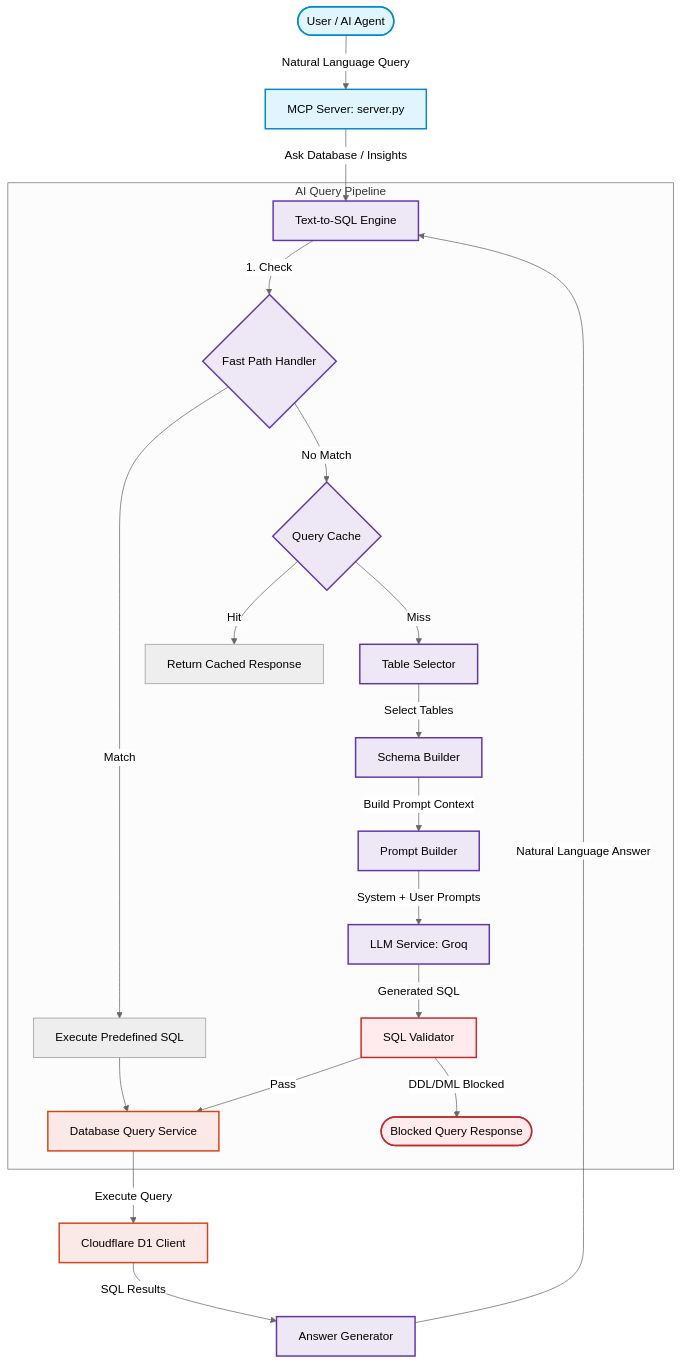
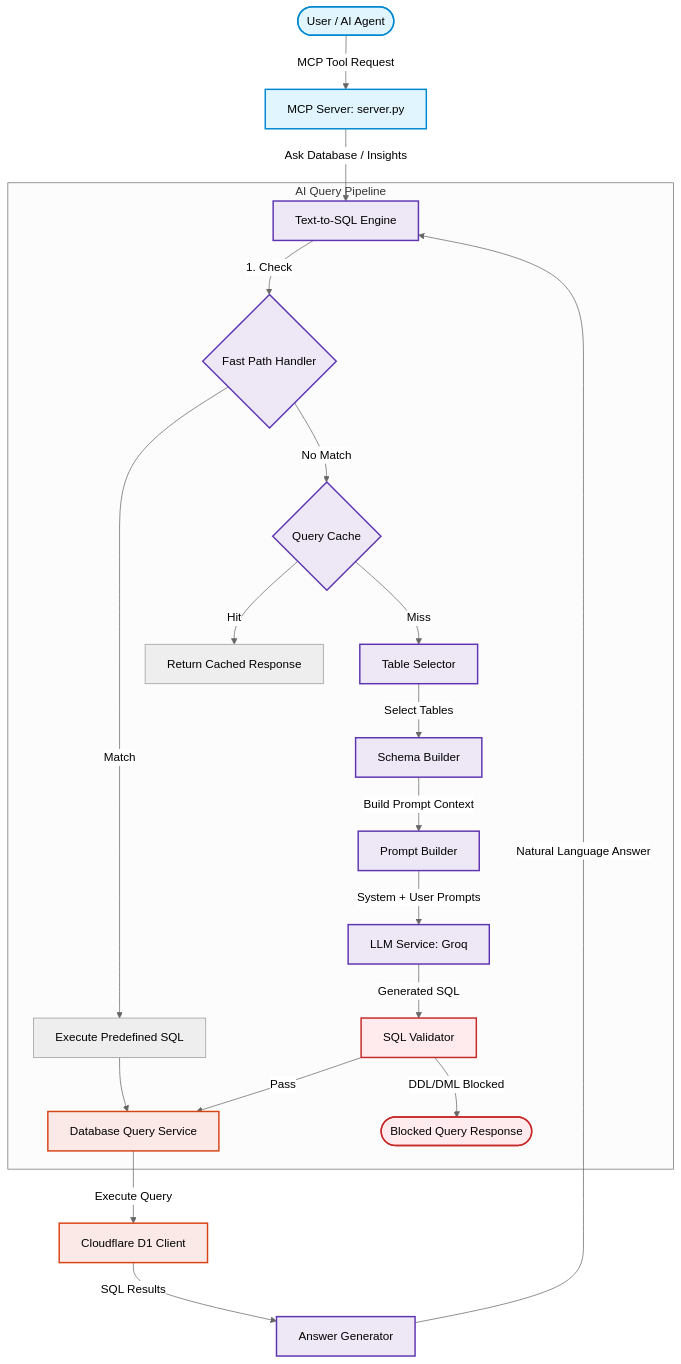
The diagram in README.md (Dakshin10/hrms-mcp), drawn with Mermaid (neutral theme) before and after one commit. The commit also changed other lines of this file and 83 other files, not shown here.

````diff
--- a/README.md
+++ b/README.md
@@ -11,37 +13,37 @@
 ```mermaid
 graph TD
     classDef client fill:#e1f5fe,stroke:#0288d1,stroke-width:2px;
     classDef mcp fill:#ede7f6,stroke:#5e35b1,stroke-width:2px;
     classDef db fill:#fbe9e7,stroke:#d84315,stroke-width:2px;
     classDef security fill:#ffebee,stroke:#c62828,stroke-width:2px;
 
-    User([User / AI Agent]) -->|Natural Language Query| Server[MCP Server: server.py]
+    User([User / AI Agent]) -->|MCP Tool Request| Server[MCP Server: server.py]
     Server -->|Ask Database / Insights| Engine[Text-to-SQL Engine]
 
     subgraph "AI Query Pipeline"
         Engine -->|1. Check| FP{Fast Path Handler}
         FP -->|Match| FP_Exec[Execute Predefined SQL]
         FP -->|No Match| Cache{Query Cache}
         Cache -->|Hit| Cache_Return[Return Cached Response]
         Cache -->|Miss| TS[Table Selector]
         
         TS -->|Select Tables| SB[Schema Builder]
         SB -->|Build Prompt Context| PB[Prompt Builder]
         PB -->|System + User Prompts| LLM[LLM Service: Groq]
         LLM -->|Generated SQL| SV[SQL Validator]
         
         SV -->|Pass| Exec[Database Query Service]
         SV -->|DDL/DML Blocked| Block([Blocked Query Response])
     end
 
     Exec -->|Execute Query| D1[Cloudflare D1 Client]
     D1 -->|SQL Results| AG[Answer Generator]
     AG -->|Natural Language Answer| Engine
     
     FP_Exec --> Exec
     
     class User,Server client;
     class Engine,FP,Cache,TS,SB,PB,LLM,AG mcp;
     class Exec,D1 db;
     class SV,Block security;
 ```
````
